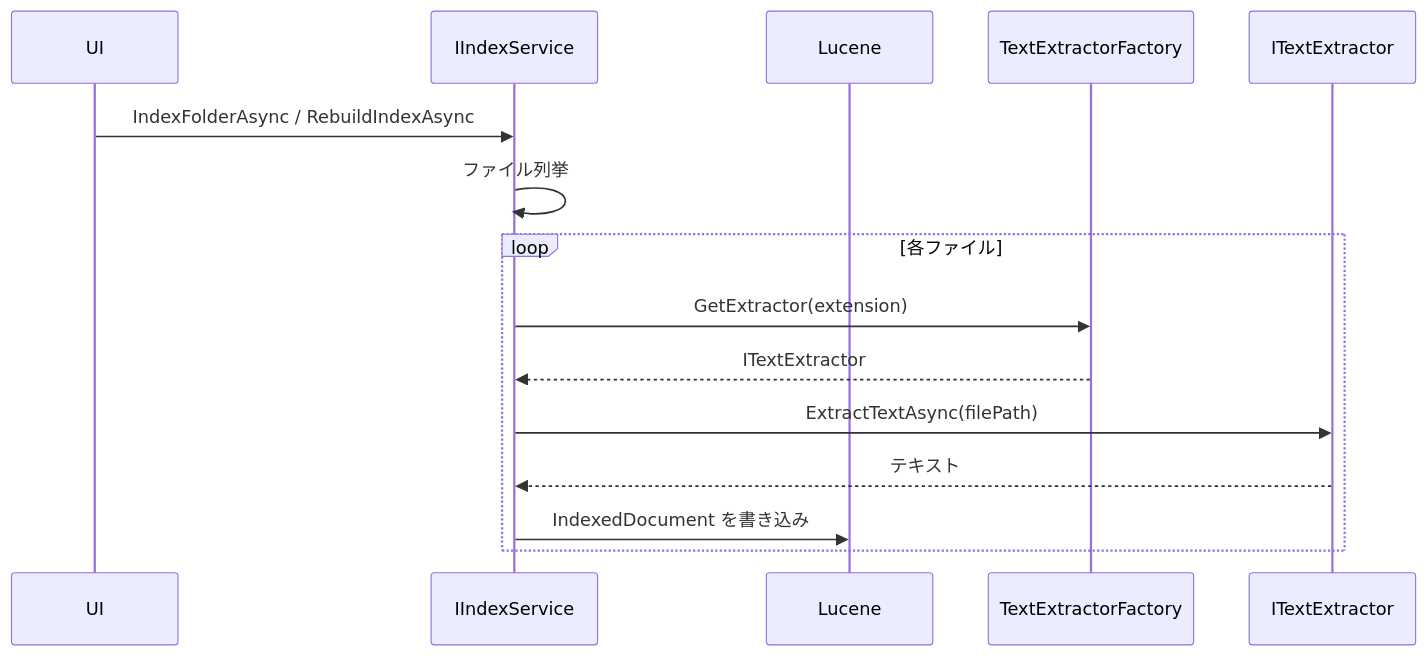
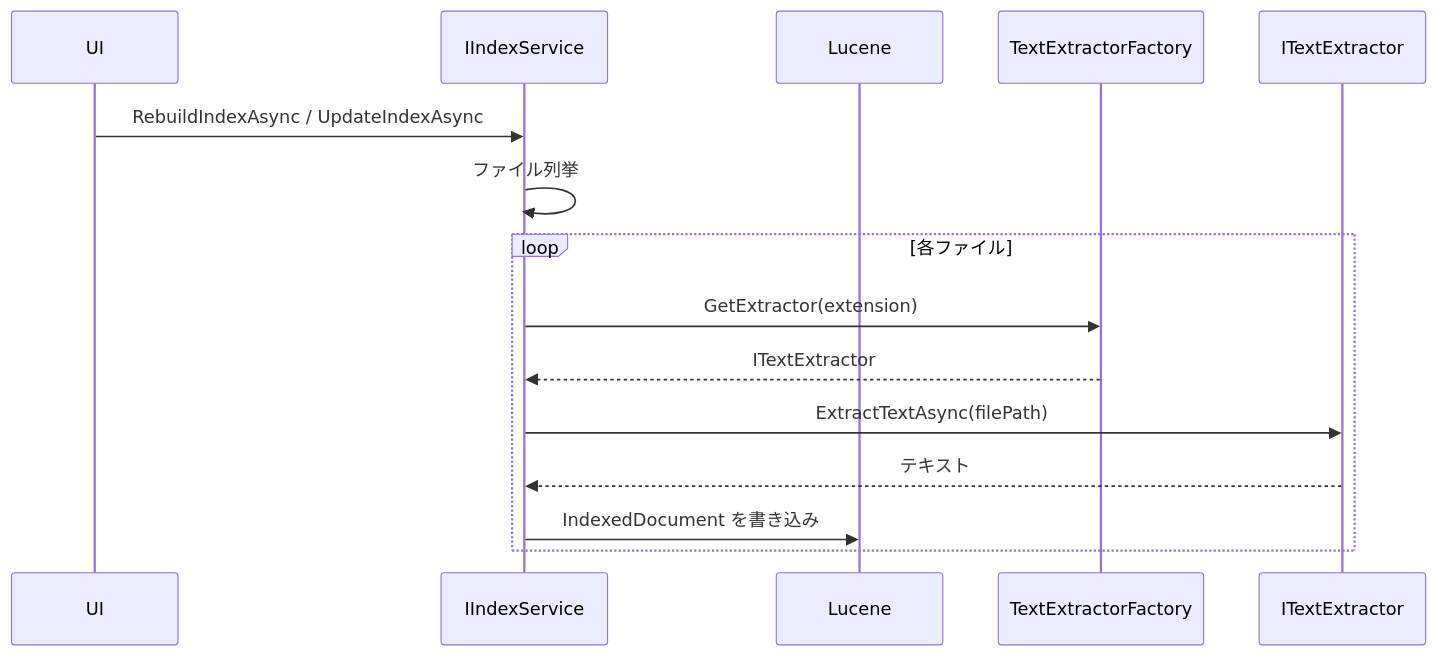
The second of 4 diagrams in docs/詳細設計.md (zndmonya-dot/FileSearchApp-), drawn with Mermaid before and after one commit. The commit also changed other lines of this file and 15 other files, not shown here.

````diff
--- a/docs/詳細設計.md
+++ b/docs/詳細設計.md
@@ -200,17 +209,17 @@
 ```mermaid
 sequenceDiagram
   participant UI
   participant IIndex as IIndexService
   participant Lucene
   participant Factory as TextExtractorFactory
   participant Ext as ITextExtractor
-  UI->>IIndex: IndexFolderAsync / RebuildIndexAsync
+  UI->>IIndex: RebuildIndexAsync / UpdateIndexAsync
   IIndex->>IIndex: ファイル列挙
   loop 各ファイル
     IIndex->>Factory: GetExtractor(extension)
     Factory-->>IIndex: ITextExtractor
     IIndex->>Ext: ExtractTextAsync(filePath)
     Ext-->>IIndex: テキスト
     IIndex->>Lucene: IndexedDocument を書き込み
   end
 ```
````
